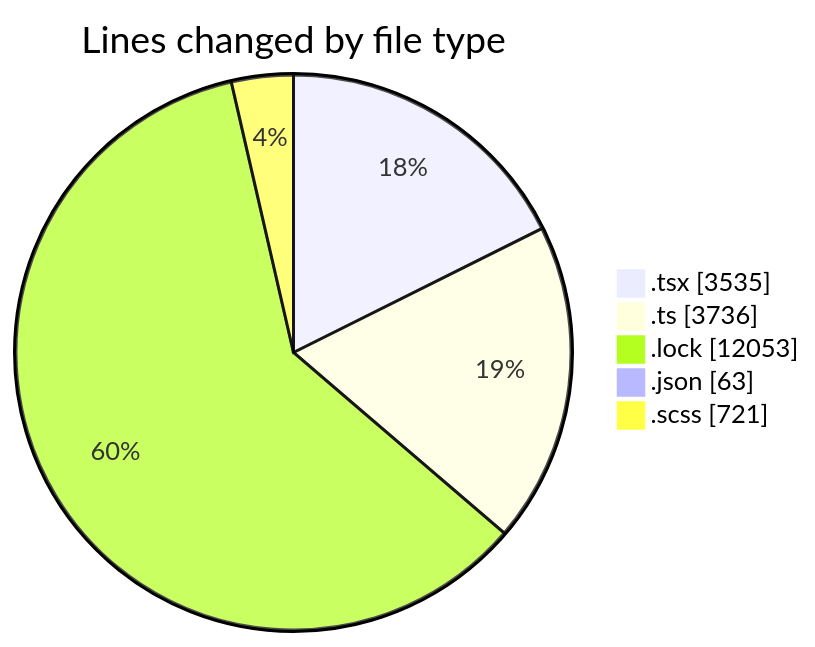
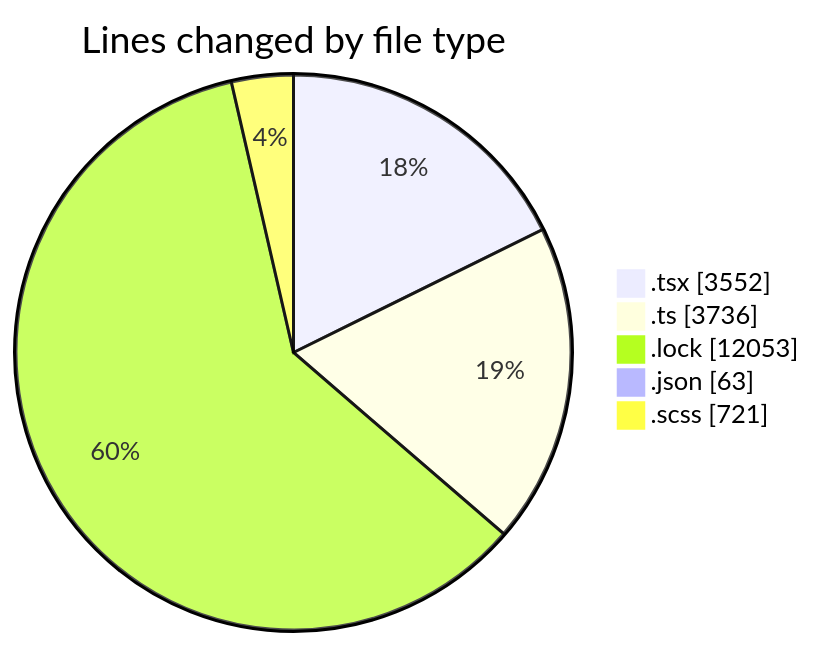
Before and after one commit to momahboobian/code-tracking: the first of 2 diagrams in 2025-12-03/cda/README.md, drawn with Mermaid. The commit also changed other lines of this file and 1 other file, not shown here.

````diff
--- a/2025-12-03/cda/README.md
+++ b/2025-12-03/cda/README.md
@@ -32,9 +32,9 @@
 ```mermaid
 pie showData
 title Lines changed by file type
-".tsx" : 3535
+".tsx" : 3552
 ".ts" : 3736
 ".lock" : 12053
 ".json" : 63
 ".scss" : 721
 ```
````
